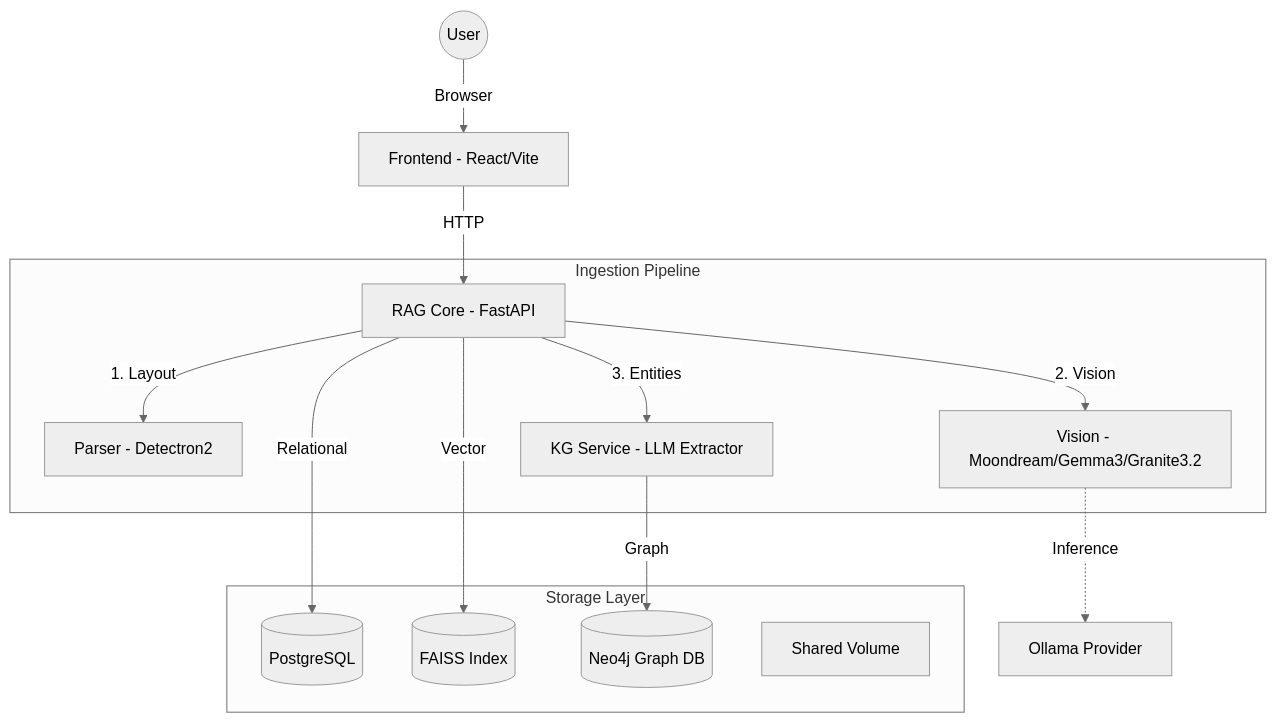
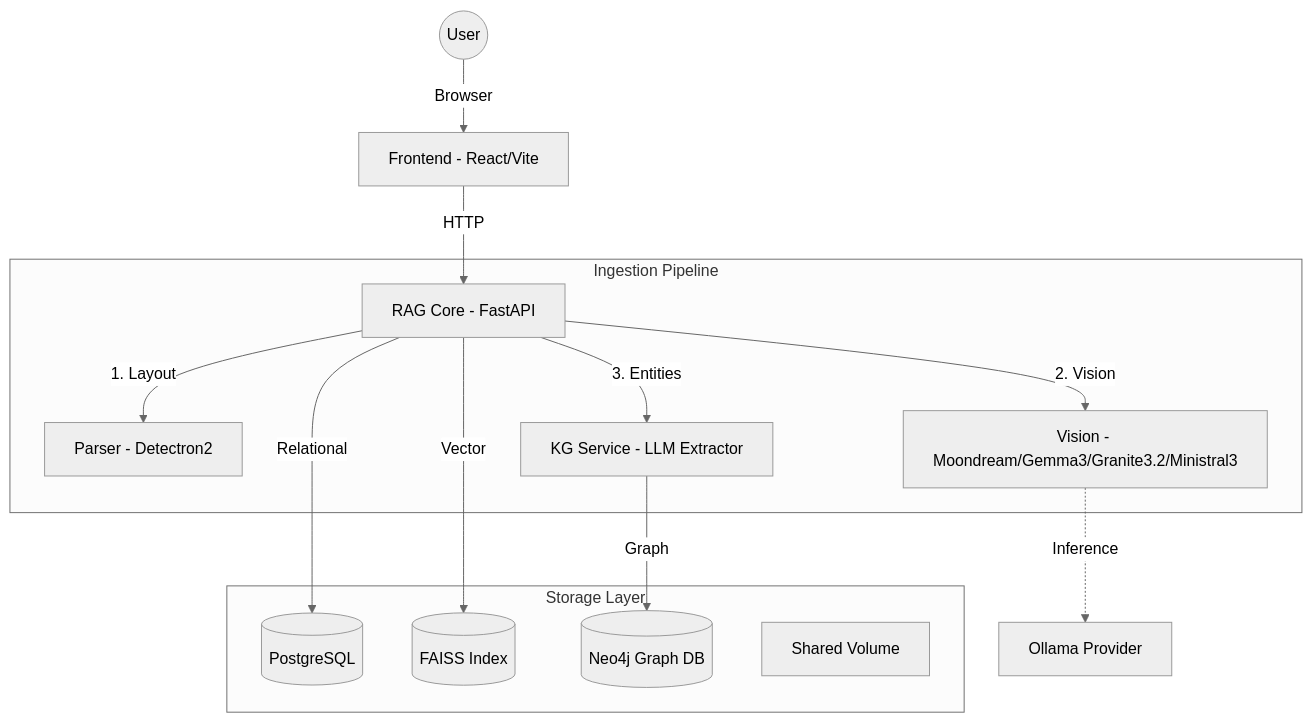
One commit to sft3hy/AIRBud2.0 changed the diagram in README.md. Above: the diagram before and after it, drawn with Mermaid (neutral theme). The commit also changed other lines of this file and 2 other files, not shown here.

Commit message:
add ministral3

````diff
--- a/README.md
+++ b/README.md
@@ -13,20 +13,20 @@
 ```mermaid
 graph TD
     User((User)) -->|Browser| Frontend[Frontend - React/Vite]
     Frontend -->|HTTP| Core[RAG Core - FastAPI]
 
     subgraph "Ingestion Pipeline"
         Core -->|1. Layout| Parser[Parser - Detectron2]
-        Core -->|2. Vision| Vision[Vision - Moondream/Gemma3/Granite3.2]
+        Core -->|2. Vision| Vision[Vision - Moondream/Gemma3/Granite3.2/Ministral3]
         Core -->|3. Entities| KG[KG Service - LLM Extractor]
     end
 
     subgraph "Storage Layer"
         Core -->|Relational| Postgres[(PostgreSQL)]
         Core -->|Vector| FAISS[(FAISS Index)]
         KG -->|Graph| Neo4j[(Neo4j Graph DB)]
         SharedVol[Shared Volume]
     end
 
     Vision -.->|Inference| Ollama[Ollama Provider]
 ```
````
